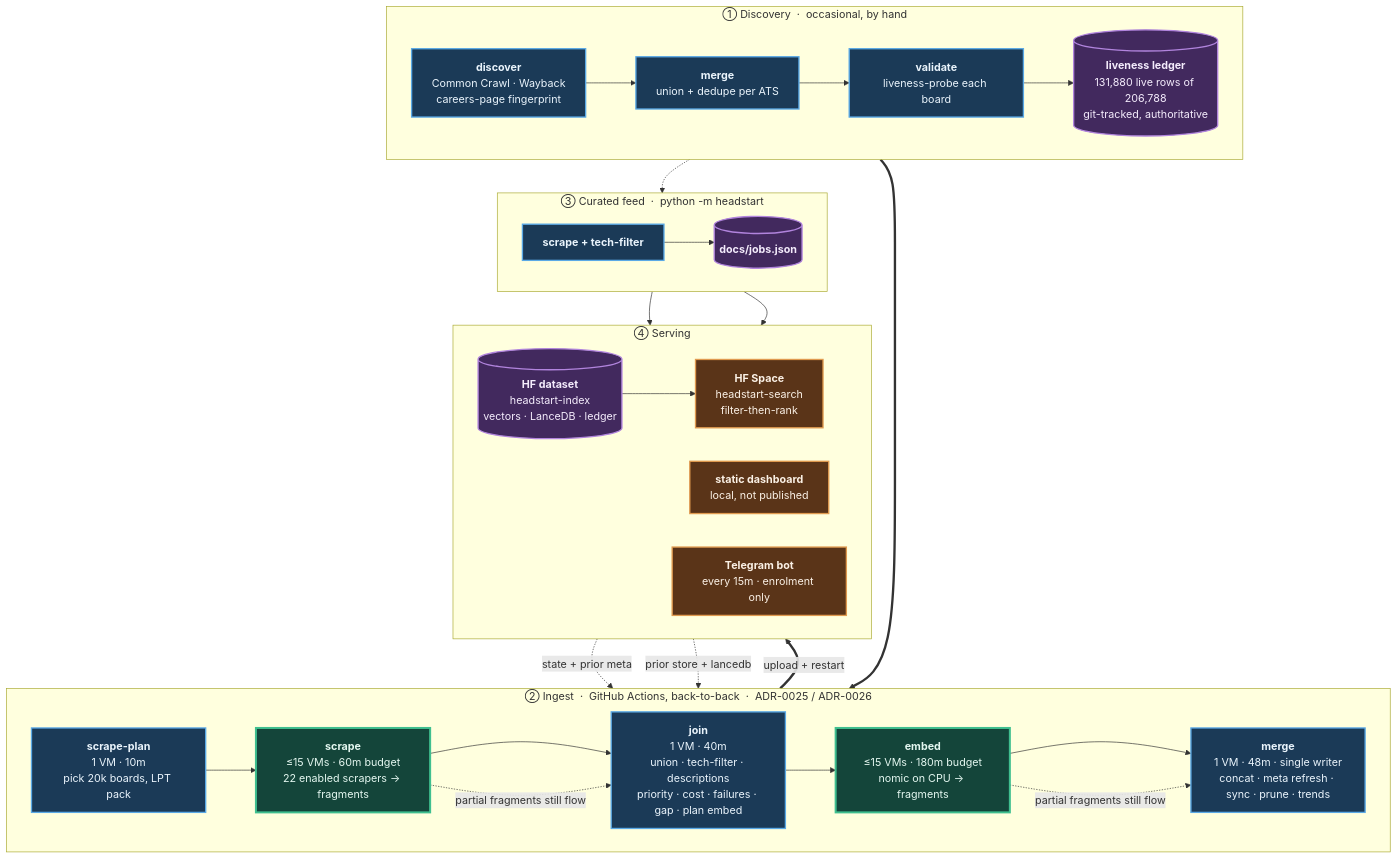
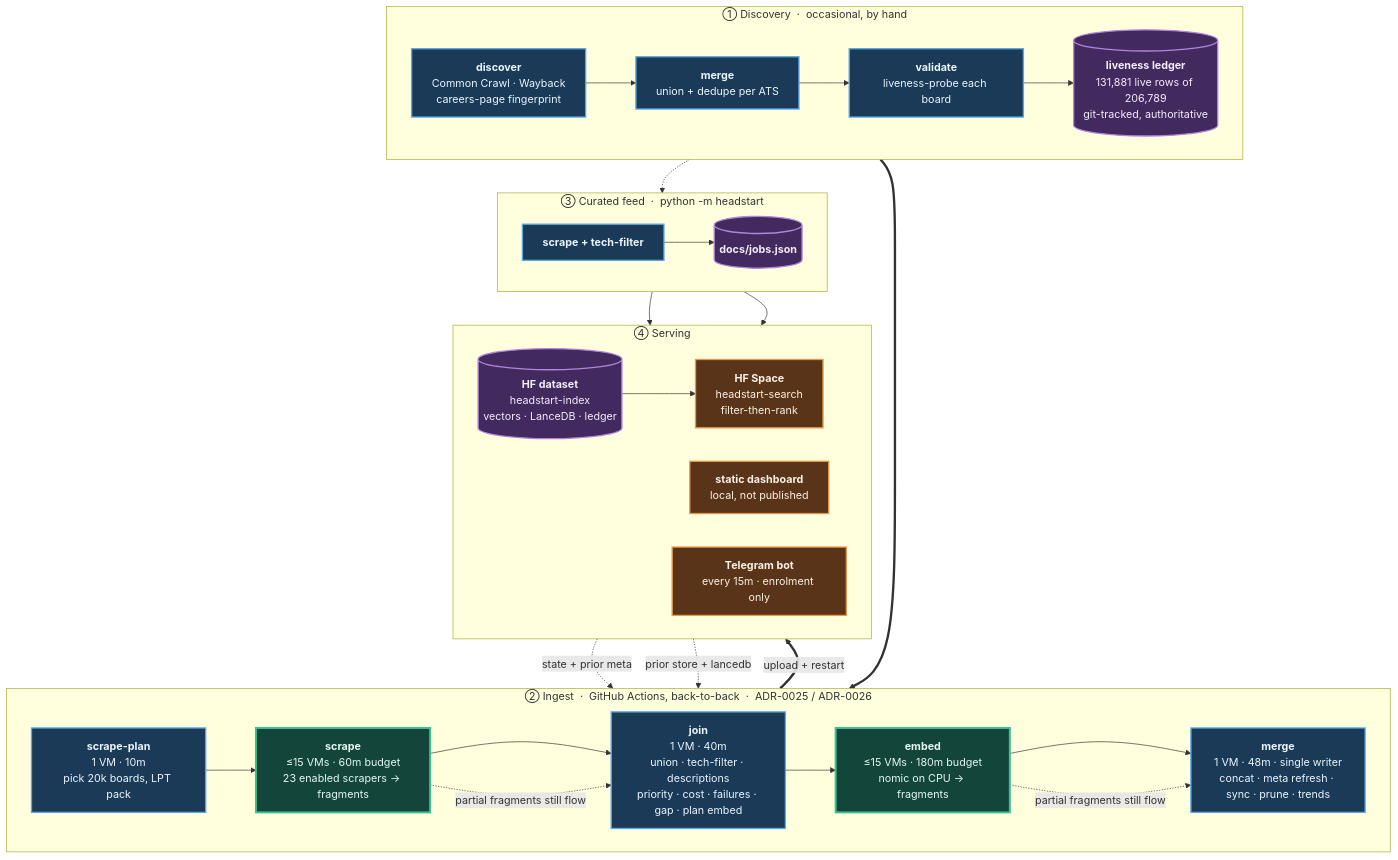
Before and after one commit to sarthakjain004/headstart: the diagram in README.md, drawn with Mermaid. The commit also changed other lines of this file and 9 other files, not shown here.

````diff
--- a/README.md
+++ b/README.md
@@ -84,56 +84,56 @@
 ```mermaid
 flowchart TB
     subgraph D["① Discovery &nbsp;·&nbsp; occasional, by hand"]
         direction LR
         D1["<b>discover</b><br/>Common Crawl · Wayback<br/>careers-page fingerprint"]
         D2["<b>merge</b><br/>union + dedupe per ATS"]
         D3["<b>validate</b><br/>liveness-probe each board"]
-        D4[("<b>liveness ledger</b><br/>131,880 live rows of 206,788<br/>git-tracked, authoritative")]
+        D4[("<b>liveness ledger</b><br/>131,881 live rows of 206,789<br/>git-tracked, authoritative")]
         D1 --> D2 --> D3 --> D4
     end
 
     subgraph P["② Ingest &nbsp;·&nbsp; GitHub Actions, back-to-back &nbsp;·&nbsp; ADR-0025 / ADR-0026"]
         direction LR
         P1["<b>scrape-plan</b><br/>1 VM · 10m<br/>pick 20k boards, LPT pack"]
-        P2["<b>scrape</b><br/>≤15 VMs · 60m budget<br/>22 enabled scrapers → fragments"]
+        P2["<b>scrape</b><br/>≤15 VMs · 60m budget<br/>23 enabled scrapers → fragments"]
         P3["<b>join</b><br/>1 VM · 40m<br/>union · tech-filter · descriptions<br/>priority · cost · failures · gap · plan embed"]
         P4["<b>embed</b><br/>≤15 VMs · 180m budget<br/>nomic on CPU → fragments"]
         P5["<b>merge</b><br/>1 VM · 48m · single writer<br/>concat · meta refresh · sync · prune · trends"]
         P1 --> P2 --> P3 --> P4 --> P5
     end
 
     subgraph F["③ Curated feed &nbsp;·&nbsp; python -m headstart"]
         direction LR
         F1["<b>scrape + tech-filter</b>"]
         F2[("<b>docs/jobs.json</b>")]
         F1 --> F2
     end
 
     subgraph S["④ Serving"]
         direction LR
         S1[("<b>HF dataset</b><br/>headstart-index<br/>vectors · LanceDB · ledger")]
         S2["<b>HF Space</b><br/>headstart-search<br/>filter-then-rank"]
         S3["<b>static dashboard</b><br/>local, not published"]
         S4["<b>Telegram bot</b><br/>every 15m · enrolment only"]
         S1 --> S2
     end
 
     D4 ==> P1
     S1 -. "state + prior meta" .-> P1
     S1 -. "prior store + lancedb" .-> P5
     D4 -.-> F1
     P5 ==>|"upload + restart"| S1
     F2 --> S3
     F2 --> S4
     P2 -. "partial fragments still flow" .-> P3
     P4 -. "partial fragments still flow" .-> P5
 
     classDef serial fill:#1b3a57,stroke:#5aa9e6,stroke-width:2px,color:#eaf4fc
     classDef fan fill:#14453a,stroke:#3fbf8f,stroke-width:3px,color:#e4f7f0
     classDef store fill:#42295e,stroke:#b184dd,stroke-width:2px,color:#f4ecfc
     classDef serve fill:#5a3418,stroke:#e09a4f,stroke-width:2px,color:#fbf1e6
     class D1,D2,D3,P1,P3,P5,F1 serial
     class P2,P4 fan
     class D4,F2,S1 store
     class S2,S3,S4 serve
 ```
````
